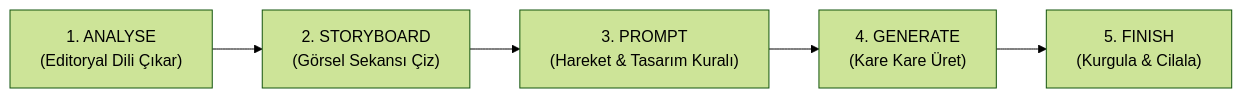
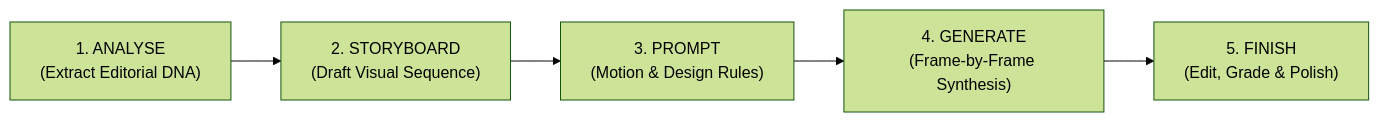
The diagram in references/SAAS_WORKFLOW_GUIDE.md (m2rtyaman/motion-lab), drawn with Mermaid (forest theme) before and after one commit. The commit also changed other lines of this file and 31 other files, not shown here.

````diff
--- a/references/SAAS_WORKFLOW_GUIDE.md
+++ b/references/SAAS_WORKFLOW_GUIDE.md
@@ -10,7 +10,7 @@
 ```mermaid
 flowchart LR
-    A["1. ANALYSE\n(Editoryal Dili Çıkar)"] --> B["2. STORYBOARD\n(Görsel Sekansı Çiz)"]
-    B --> C["3. PROMPT\n(Hareket & Tasarım Kuralı)"]
-    C --> D["4. GENERATE\n(Kare Kare Üret)"]
-    D --> E["5. FINISH\n(Kurgula & Cilala)"]
+    A["1. ANALYSE\n(Extract Editorial DNA)"] --> B["2. STORYBOARD\n(Draft Visual Sequence)"]
+    B --> C["3. PROMPT\n(Motion & Design Rules)"]
+    C --> D["4. GENERATE\n(Frame-by-Frame Synthesis)"]
+    D --> E["5. FINISH\n(Edit, Grade & Polish)"]
 ```
````
